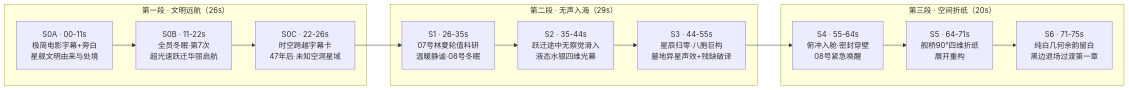
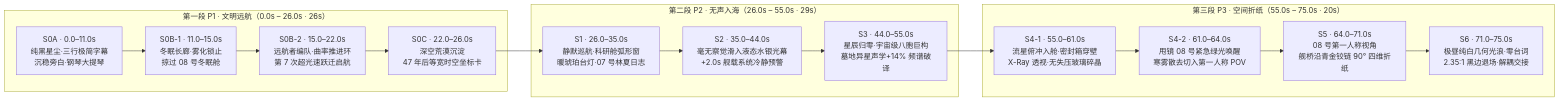
Before and after one commit to zhang-guangfei/4d-space-gemini: the diagram in docs/design/prologue-spec-v1.md, drawn with Mermaid. The commit also changed other lines of this file and 21 other files, not shown here.

````diff
--- a/docs/design/prologue-spec-v1.md
+++ b/docs/design/prologue-spec-v1.md
@@ -23,26 +41,28 @@
 ```mermaid
 flowchart LR
-    subgraph P1["第一段 · 文明远航（26s）"]
-        S0A["S0A · 00-11s<br/>极简电影字幕+旁白<br/>星舰文明由来与处境"]
-        S0B["S0B · 11-22s<br/>全员冬眠·第7次<br/>超光速跃迁华丽启航"]
-        S0C["S0C · 22-26s<br/>时空跨越字幕卡<br/>47年后·未知空洞星域"]
-        S0A --> S0B --> S0C
+    subgraph P1["第一段 P1 · 文明远航（0.0s – 26.0s · 26s）"]
+        S0A["S0A · 0.0–11.0s<br/>纯黑星尘·三行极简字幕<br/>沉稳旁白·钢琴大提琴"]
+        S0B1["S0B-1 · 11.0–15.0s<br/>冬眠长廊·雾化锁止<br/>掠过 08 号冬眠舱"]
+        S0B2["S0B-2 · 15.0–22.0s<br/>远航者编队·曲率推进环<br/>第 7 次超光速跃迁启航"]
+        S0C["S0C · 22.0–26.0s<br/>深空荒漠沉淀<br/>47 年后等宽时空坐标卡"]
+        S0A --> S0B1 --> S0B2 --> S0C
     end
 
-    subgraph P2["第二段 · 无声入海（29s）"]
-        S1["S1 · 26-35s<br/>07号林夏轮值科研<br/>温暖静谧·08号冬眠"]
-        S2["S2 · 35-44s<br/>跃迁途中无察觉滑入<br/>液态水银四维光幕"]
-        S3["S3 · 44-55s<br/>星辰归零·八胞巨构<br/>墓地异星声效+残缺破译"]
+    subgraph P2["第二段 P2 · 无声入海（26.0s – 55.0s · 29s）"]
+        S1["S1 · 26.0–35.0s<br/>静默巡航·科研舱弧形窗<br/>暖琥珀台灯·07 号林夏日志"]
+        S2["S2 · 35.0–44.0s<br/>毫无察觉滑入液态水银光幕<br/>+2.0s 舰载系统冷静预警"]
+        S3["S3 · 44.0–55.0s<br/>星辰归零·宇宙级八胞巨构<br/>墓地异星声学+14% 频谱破译"]
         S1 --> S2 --> S3
     end
 
-    subgraph P3["第三段 · 空间折纸（20s）"]
-        S4["S4 · 55-64s<br/>俯冲入舱·密封穿壁<br/>08号紧急唤醒"]
-        S5["S5 · 64-71s<br/>舰桥90°四维折纸<br/>展开重构"]
-        S6["S6 · 71-75s<br/>纯白几何余韵留白<br/>黑边退场过渡第一章"]
-        S4 --> S5 --> S6
+    subgraph P3["第三段 P3 · 空间折纸（55.0s – 75.0s · 20s）"]
+        S41["S4-1 · 55.0–61.0s<br/>流星俯冲入舱·密封箱穿壁<br/>X-Ray 透视·无失压玻璃碎晶"]
+        S42["S4-2 · 61.0–64.0s<br/>甩镜 08 号紧急绿光唤醒<br/>寒雾散去切入第一人称 POV"]
+        S5["S5 · 64.0–71.0s<br/>08 号第一人称视角<br/>舰桥沿青金铰链 90° 四维折纸"]
+        S6["S6 · 71.0–75.0s<br/>极昼纯白几何光浪·零台词<br/>2.35:1 黑边退场·解耦交接"]
+        S41 --> S42 --> S5 --> S6
     end
 
     S0C --> S1
-    S3 --> S4
+    S3 --> S41
 ```
````
